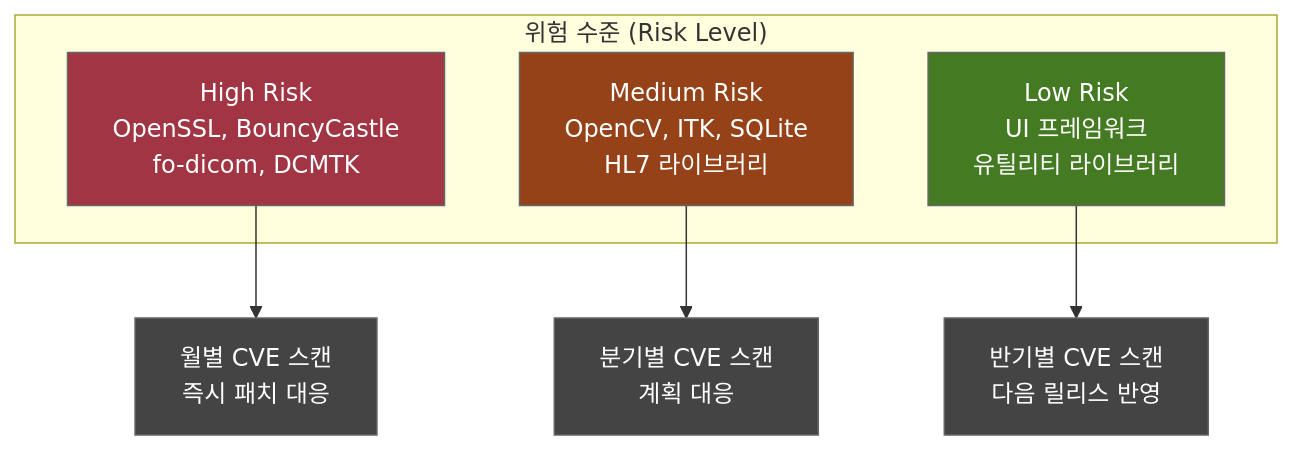
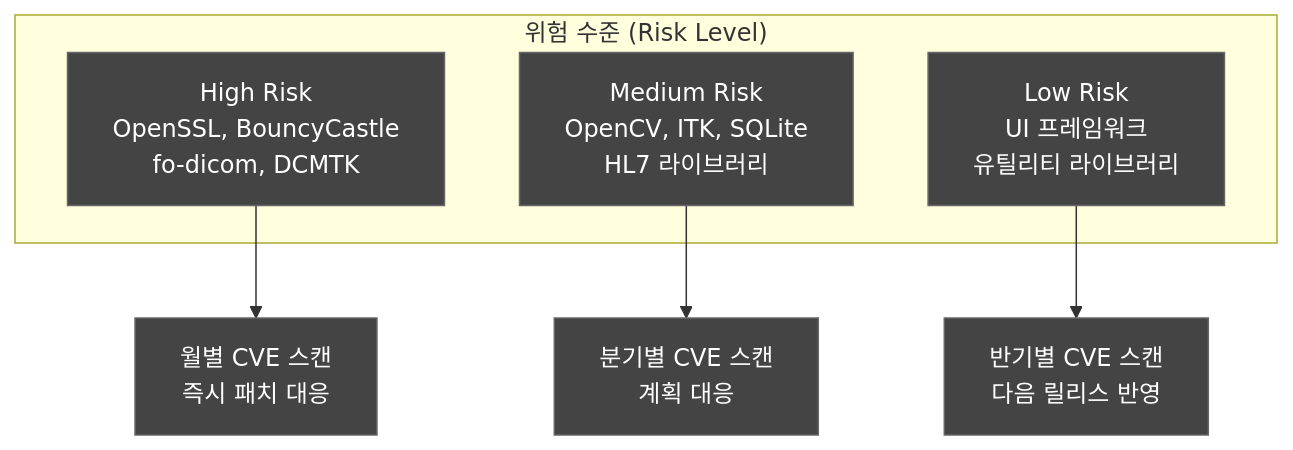
The second of 3 diagrams in docs/verification/DOC-033_SOUP_Report_v1.0.md (holee9/console-gui), drawn with Mermaid before and after one commit. The commit also changed other lines of this file and 35 other files, not shown here.

First line of the commit message:
fix: 전체 Mermaid 차트 색상 진한 회색 통일

````diff
--- a/docs/verification/DOC-033_SOUP_Report_v1.0.md
+++ b/docs/verification/DOC-033_SOUP_Report_v1.0.md
@@ -241,17 +241,17 @@
 ```mermaid
 graph TB
     classDef default fill:#444,stroke:#666,color:#fff
     subgraph "위험 수준 (Risk Level)"
         HIGH[High Risk<br/>OpenSSL, BouncyCastle<br/>fo-dicom, DCMTK]
         MED[Medium Risk<br/>OpenCV, ITK, SQLite<br/>HL7 라이브러리]
         LOW[Low Risk<br/>UI 프레임워크<br/>유틸리티 라이브러리]
     end
     
     HIGH --> MON1[월별 CVE 스캔<br/>즉시 패치 대응]
     MED --> MON2[분기별 CVE 스캔<br/>계획 대응]
     LOW --> MON3[반기별 CVE 스캔<br/>다음 릴리스 반영]
     
-    style HIGH fill:#A13544,color:#fff
-    style MED fill:#964219,color:#fff
-    style LOW fill:#437A22,color:#fff
+    style HIGH fill:#444,color:#fff
+    style MED fill:#444,color:#fff
+    style LOW fill:#444,color:#fff
 ```
````
